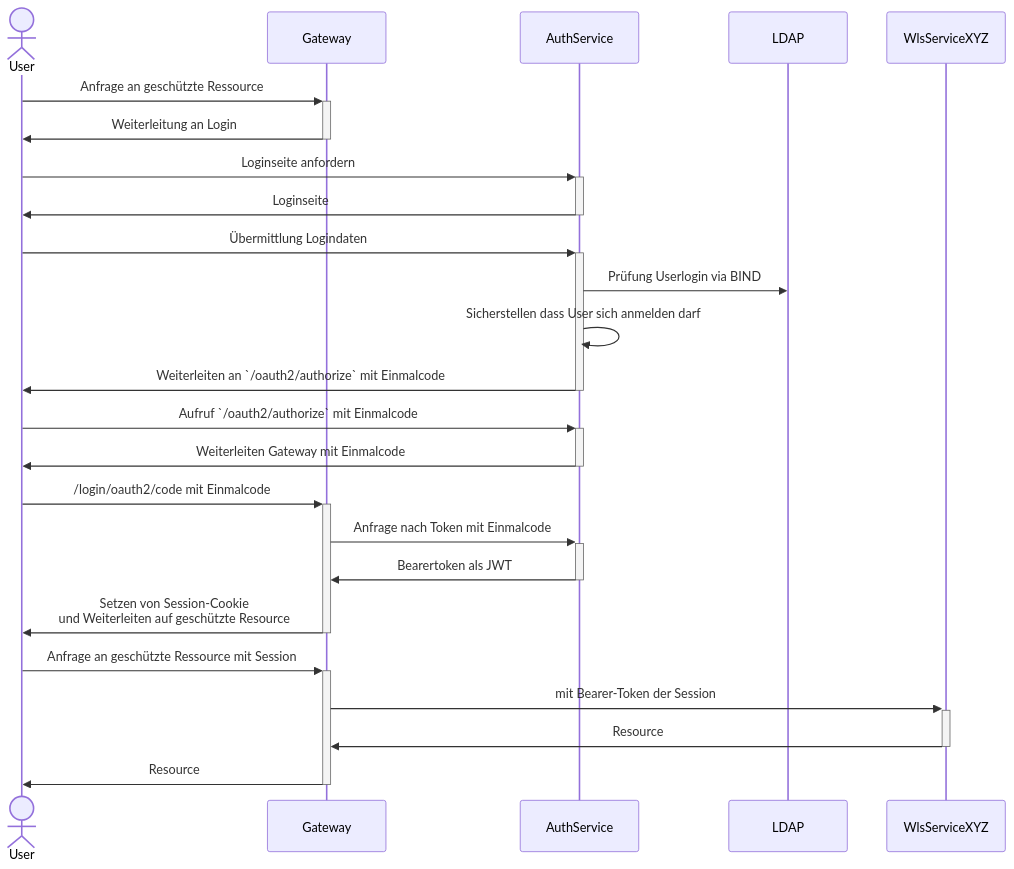
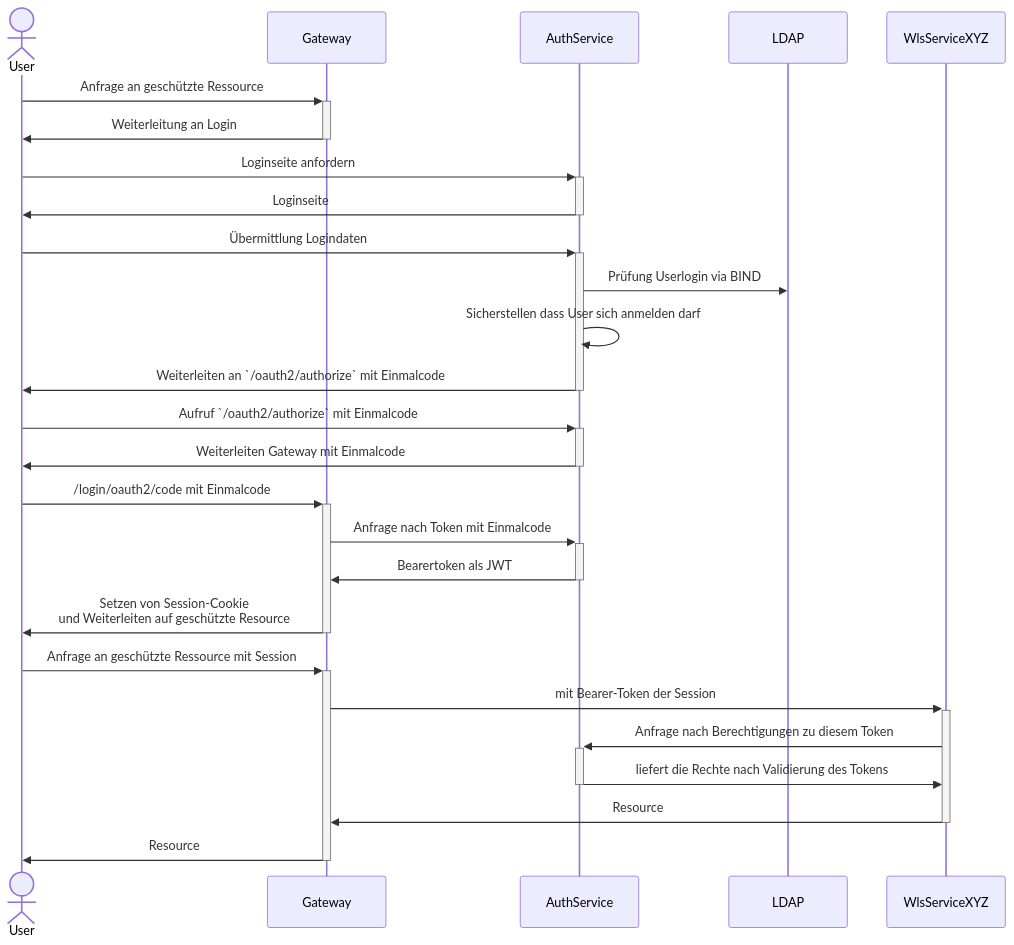
Before and after one commit to it-at-m/Wahllokalsystem: the diagram in docs/src/technik/systemspecification/security.md, drawn with Mermaid.

Commit message:
add step to get user authorities

````diff
--- a/docs/src/technik/systemspecification/security.md
+++ b/docs/src/technik/systemspecification/security.md
@@ -11,31 +11,33 @@
 ```mermaid
 
 sequenceDiagram    
     actor User
     
     User->>+Gateway : Anfrage an geschützte Ressource
     Gateway->>-User : Weiterleitung an Login
     
     User->>+AuthService : Loginseite anfordern
     AuthService->>-User : Loginseite
     
     User->>+AuthService : Übermittlung Logindaten
     
     AuthService->>LDAP : Prüfung Userlogin via BIND
     AuthService->>AuthService : Sicherstellen dass User sich anmelden darf
     
     AuthService->>-User: Weiterleiten an `/oauth2/authorize` mit Einmalcode
     
     User->>+AuthService: Aufruf `/oauth2/authorize` mit Einmalcode
     AuthService->>-User: Weiterleiten Gateway mit Einmalcode
     
     User->>+Gateway : /login/oauth2/code mit Einmalcode
     Gateway->>+AuthService : Anfrage nach Token mit Einmalcode
     AuthService->>-Gateway : Bearertoken als JWT
     Gateway->>-User : Setzen von Session-Cookie<br> und Weiterleiten auf geschützte Resource
     
     User->>+Gateway : Anfrage an geschützte Ressource mit Session
     Gateway->>+WlsServiceXYZ : mit Bearer-Token der Session
+    WlsServiceXYZ->>+AuthService : Anfrage nach Berechtigungen zu diesem Token
+    AuthService->>-WlsServiceXYZ : liefert die Rechte nach Validierung des Tokens
     WlsServiceXYZ->>-Gateway : Resource
     Gateway->>-User : Resource
 ```
````
